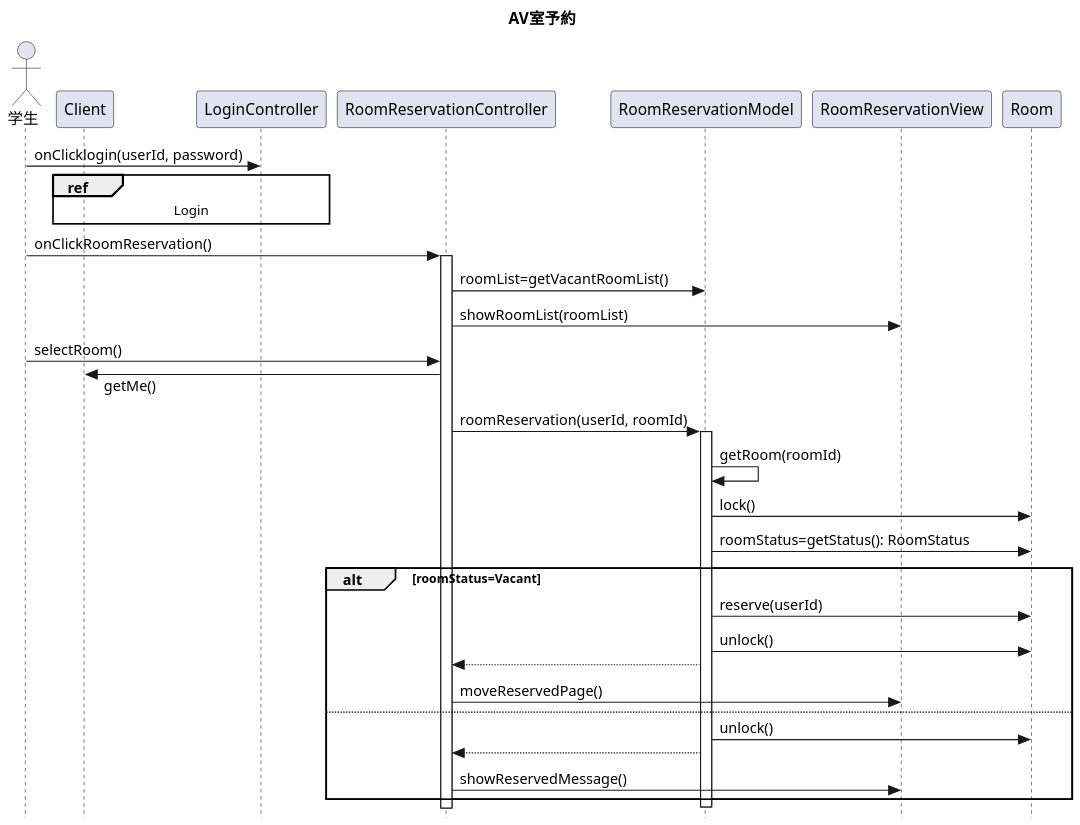
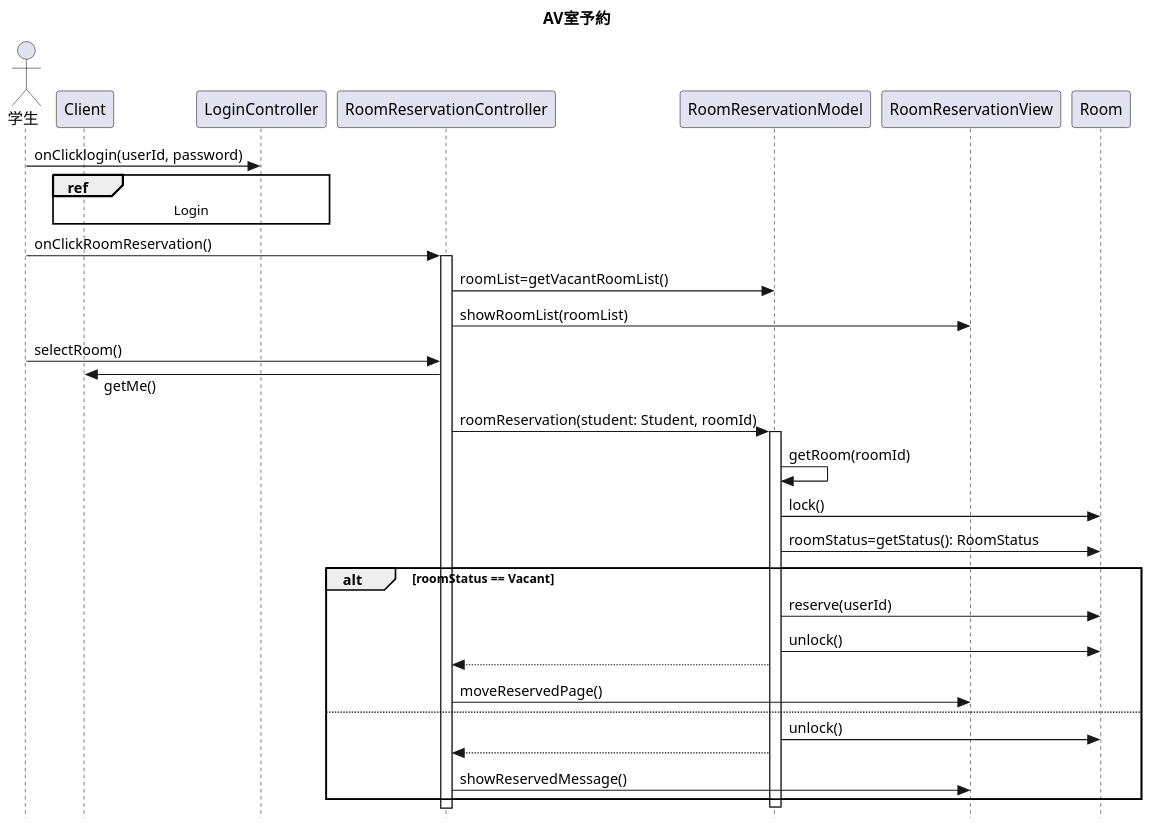
The fifth of 7 diagrams in sequence.pu (Romira915/AdvancedSoftwareEngineering3-Task), drawn with PlantUML before and after one commit. The commit also changed other lines of this file and 2 other files, not shown here.

Commit message:
modifiy: admin is a user

```diff
--- a/sequence.pu
+++ b/sequence.pu
@@ -175,47 +174,47 @@
 @startuml AV室予約
 
 title AV室予約
 skinparam dpi 150
 skinparam responseMessageBelowArrow true
 skinparam style strictuml
 
 actor 学生 as user
 participant Client
 participant LoginController
 participant RoomReservationController
 participant RoomReservationModel
 participant RoomReservationView
 
 user -> LoginController : onClicklogin(userId, password)
 ref over Client, LoginController : Login
 
 user -> RoomReservationController : onClickRoomReservation()
 
 activate RoomReservationController
 RoomReservationController -> RoomReservationModel : roomList=getVacantRoomList()
 RoomReservationController -> RoomReservationView : showRoomList(roomList)
 
 user -> RoomReservationController : selectRoom()
 Client <- RoomReservationController : getMe()
-RoomReservationController -> RoomReservationModel : roomReservation(userId, roomId)
+RoomReservationController -> RoomReservationModel : roomReservation(student: Student, roomId)
 
 activate RoomReservationModel
 RoomReservationModel -> RoomReservationModel : getRoom(roomId)
 
 RoomReservationModel -> Room : lock()
 RoomReservationModel -> Room : roomStatus=getStatus(): RoomStatus
-alt roomStatus=Vacant
+alt roomStatus == Vacant
     RoomReservationModel -> Room : reserve(userId)
     RoomReservationModel -> Room : unlock()
 
     RoomReservationController <-- RoomReservationModel
     RoomReservationController -> RoomReservationView : moveReservedPage()
 else
     RoomReservationModel -> Room : unlock()
 
     RoomReservationController <-- RoomReservationModel
     RoomReservationController -> RoomReservationView : showReservedMessage()
 end
 deactivate RoomReservationModel
 
 @enduml
```
